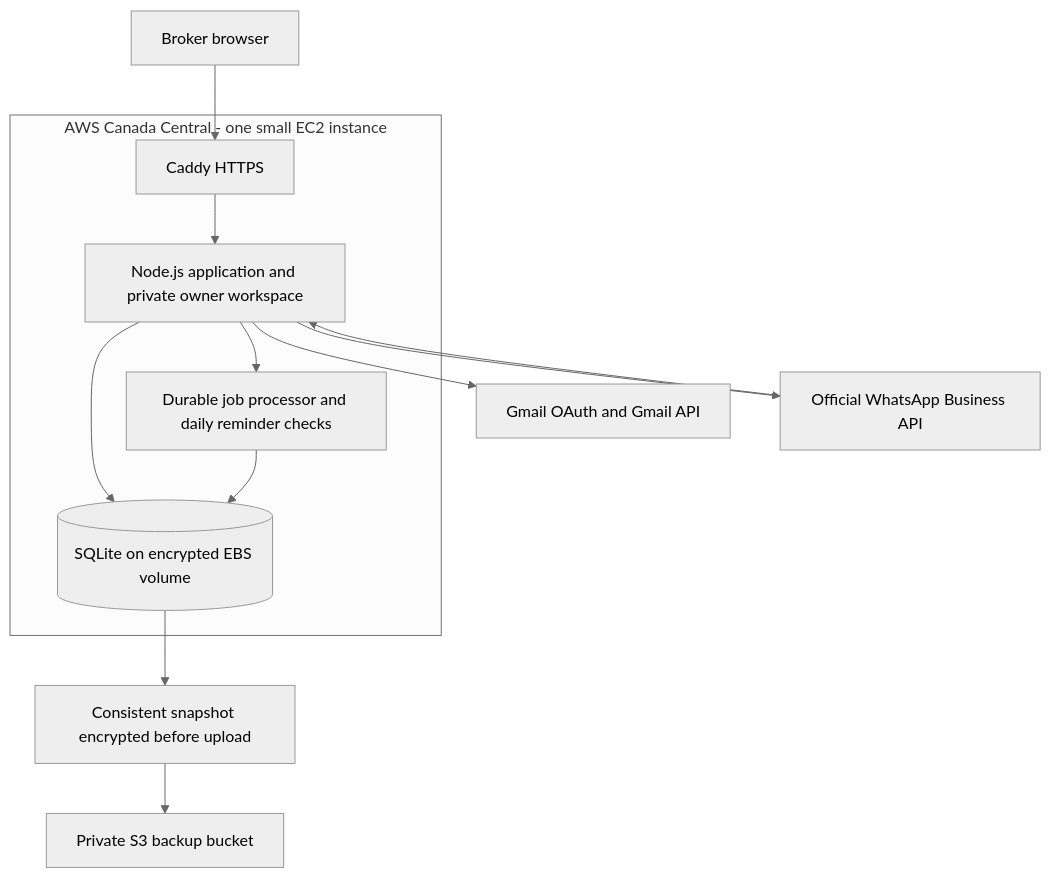
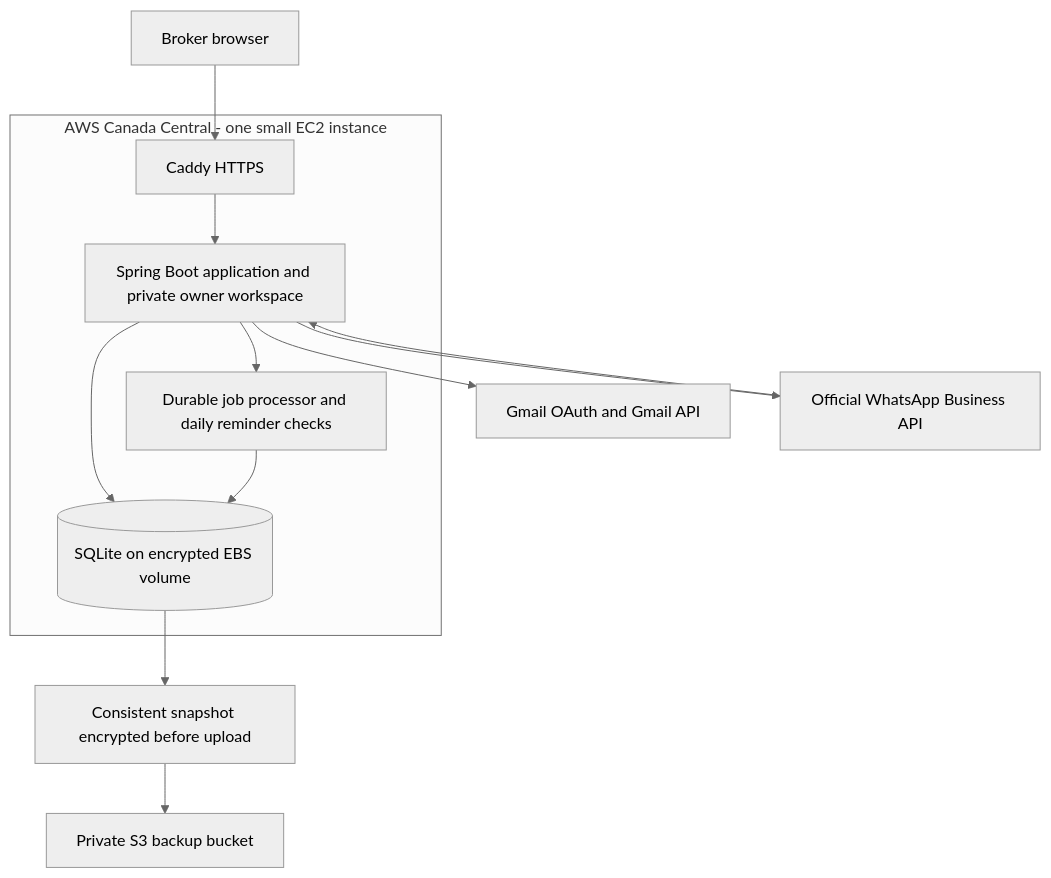
The diagram in docs/SINGLE-BROKER-LAUNCH.md (akhiljosephk/test), drawn with Mermaid (neutral theme) before and after one commit. The commit also changed other lines of this file and 70 other files, not shown here.

Commit message:
Migrate single-broker application to Java 21 and Spring Boot

````diff
--- a/docs/SINGLE-BROKER-LAUNCH.md
+++ b/docs/SINGLE-BROKER-LAUNCH.md
@@ -21,15 +21,15 @@
 ```mermaid
 flowchart TB
     B[Broker browser] --> TLS[Caddy HTTPS]
     subgraph AWS Canada Central - one small EC2 instance
-      TLS --> APP[Node.js application and private owner workspace]
+      TLS --> APP[Spring Boot application and private owner workspace]
       APP --> DB[(SQLite on encrypted EBS volume)]
       APP --> JOB[Durable job processor and daily reminder checks]
       JOB --> DB
     end
     APP --> G[Gmail OAuth and Gmail API]
     APP --> W[Official WhatsApp Business API]
     W --> APP
     DB --> BK[Consistent snapshot encrypted before upload]
     BK --> S3[Private S3 backup bucket]
 ```
````
